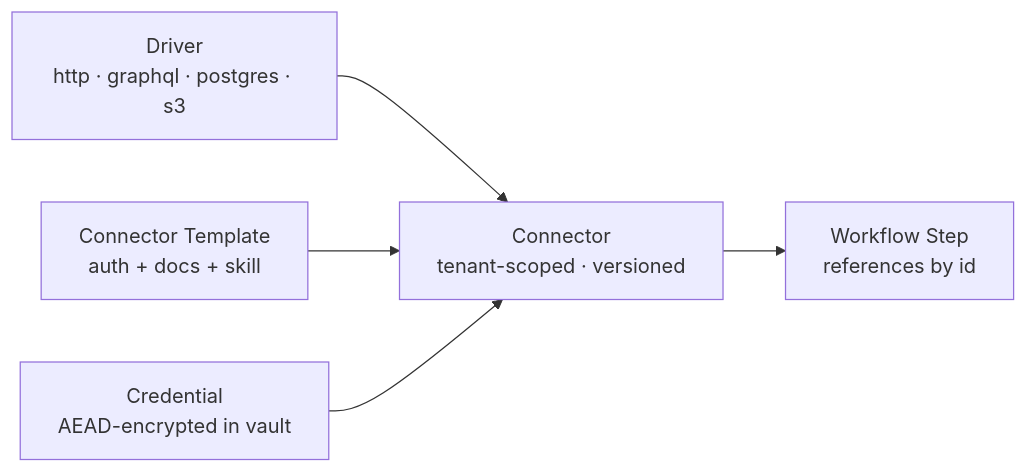
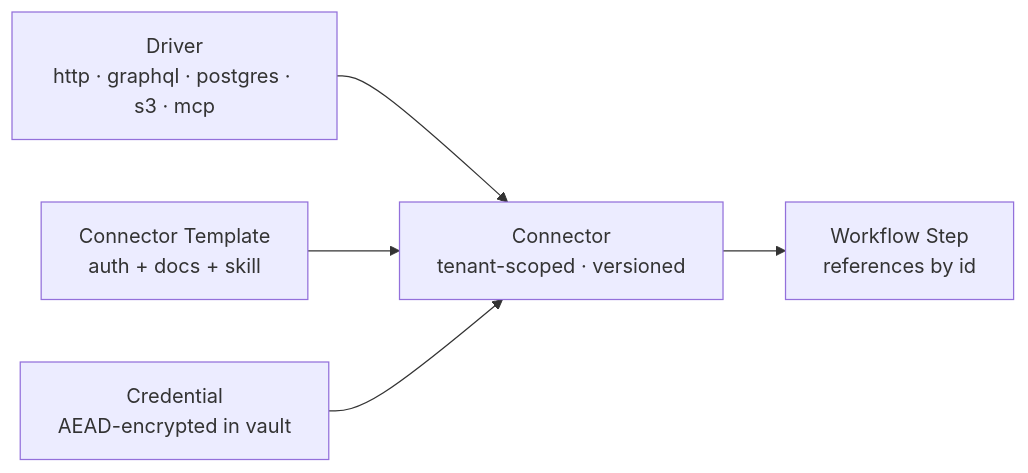
Before and after one commit to MikeBild/subkit: the first of 3 diagrams in docs/concepts/connectors.md, drawn with Mermaid. The commit also changed other lines of this file and 278 other files, not shown here.

````diff
--- a/docs/concepts/connectors.md
+++ b/docs/concepts/connectors.md
@@ -9,13 +9,13 @@
 ```mermaid
 flowchart LR
-    Driver["Driver<br/>http · graphql · postgres · s3"]
+    Driver["Driver<br/>http · graphql · postgres · s3 · mcp"]
     Template["Connector Template<br/>auth + docs + skill"]
     Cred["Credential<br/>AEAD-encrypted in vault"]
     Conn["Connector<br/>tenant-scoped · versioned"]
     Step["Workflow Step<br/>references by id"]
 
     Driver --> Conn
     Template --> Conn
     Cred --> Conn
     Conn --> Step
 ```
````
